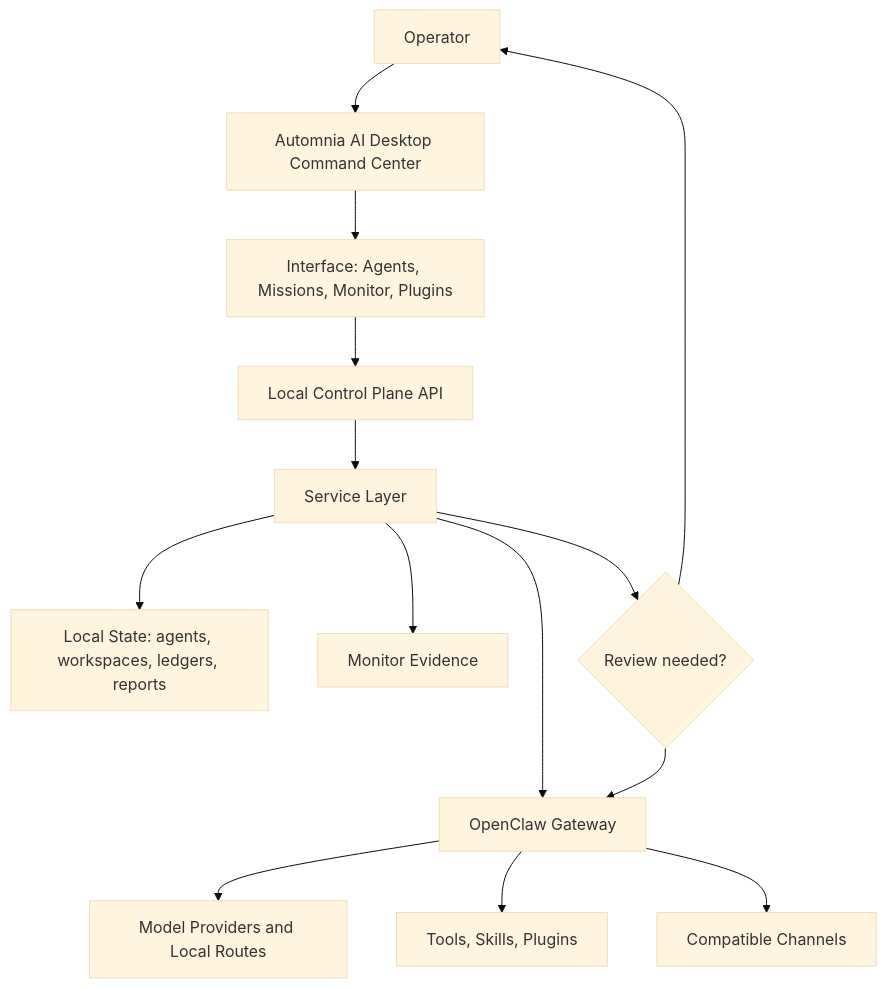
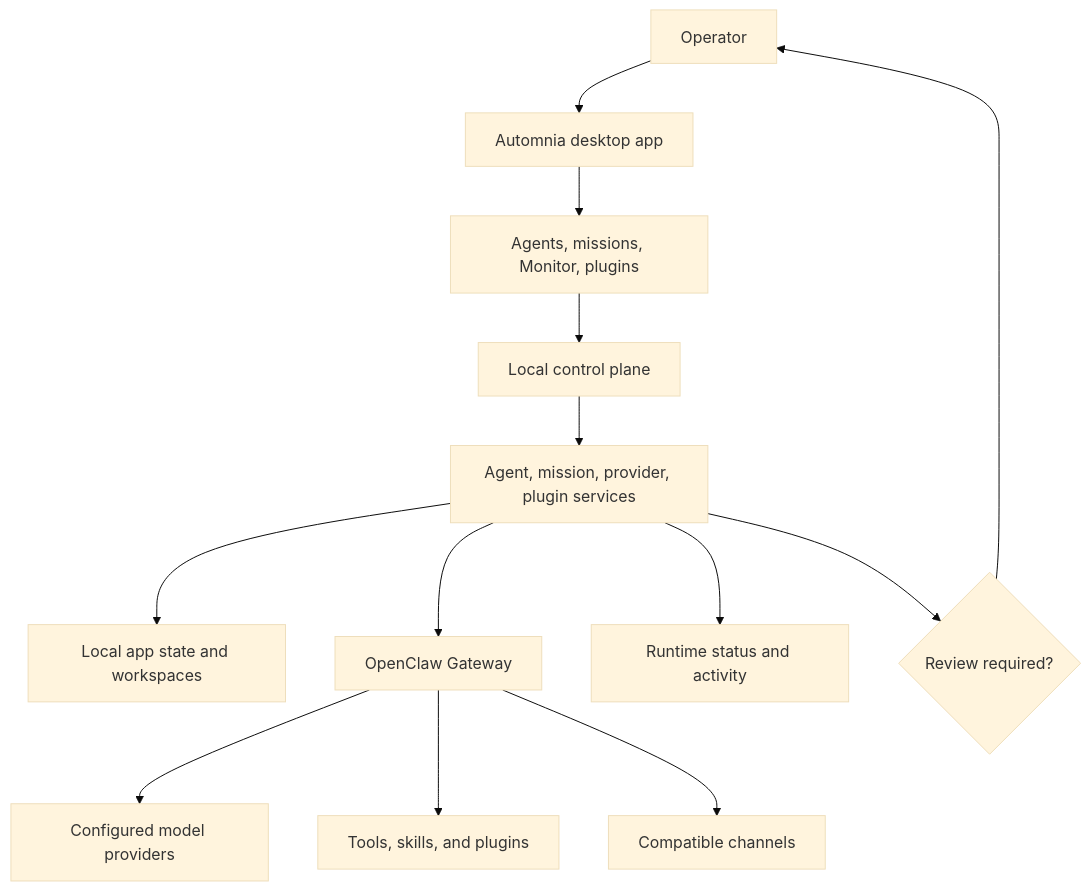
One commit to hotboysupreme12-hash/Automnia-AI-Nexus changed the diagram in README.md. Above: the diagram before and after it, drawn with Mermaid (base theme). The commit also changed other lines of this file, not shown here.

Commit message:
docs: refresh Automnia README for v1.0.29

````diff
--- a/README.md
+++ b/README.md
@@ -106,16 +93,15 @@
 ```mermaid
 flowchart TD
-    Operator[Operator] --> App[Automnia AI Desktop Command Center]
-    App --> UI[Interface: Agents, Missions, Monitor, Plugins]
-    UI --> API[Local Control Plane API]
-    API --> Services[Service Layer]
-    Services --> State[Local State: agents, workspaces, ledgers, reports]
-    Services --> Runtime[OpenClaw Gateway]
-    Services --> Monitor[Monitor Evidence]
-    Services --> Review{Review needed?}
-    Runtime --> Models[Model Providers and Local Routes]
-    Runtime --> Tools[Tools, Skills, Plugins]
-    Runtime --> Channels[Compatible Channels]
+    Operator[Operator] --> App[Automnia desktop app]
+    App --> UI[Agents, missions, Monitor, plugins]
+    UI --> API[Local control plane]
+    API --> Services[Agent, mission, provider, plugin services]
+    Services --> State[Local app state and workspaces]
+    Services --> Gateway[OpenClaw Gateway]
+    Gateway --> Models[Configured model providers]
+    Gateway --> Tools[Tools, skills, and plugins]
+    Gateway --> Channels[Compatible channels]
+    Services --> Monitor[Runtime status and activity]
+    Services --> Review{Review required?}
     Review --> Operator
-    Review --> Runtime
 ```
````
